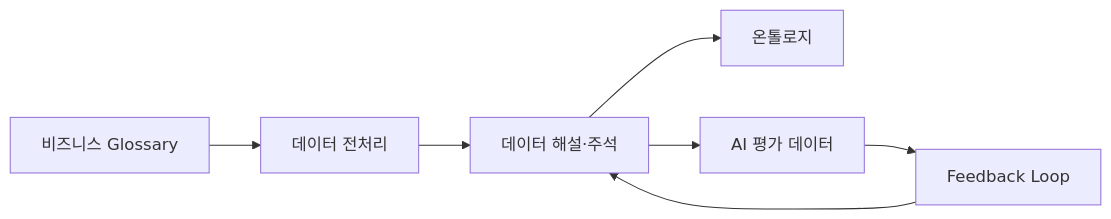
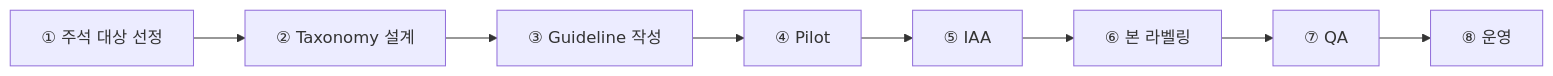
The third of 5 diagrams in 가이드 작성/B-2 데이터 해설·주석/claude 수정본 0623.md (jin-kearney/ai-ready-data-manual), drawn with Mermaid before and after one commit. The commit also changed other lines of this file, not shown here.

````diff
--- a/가이드 작성/B-2 데이터 해설·주석/claude 수정본 0623.md
+++ b/가이드 작성/B-2 데이터 해설·주석/claude 수정본 0623.md
@@ -887,16 +503,12 @@
 ```mermaid
 flowchart LR
 
-A[비즈니스 Glossary]
---> B[데이터 전처리]
-
-B --> C[데이터 해설·주석]
-
-C --> D[온톨로지]
-
-C --> E[AI 평가 데이터]
-
-E --> F[Feedback Loop]
-
-F --> C
+A[① 주석 대상 선정]
+--> B[② Taxonomy 설계]
+--> C[③ Guideline 작성]
+--> D[④ Pilot]
+--> E[⑤ IAA]
+--> F[⑥ 본 라벨링]
+--> G[⑦ QA]
+--> H[⑧ 운영]
 ```
````
